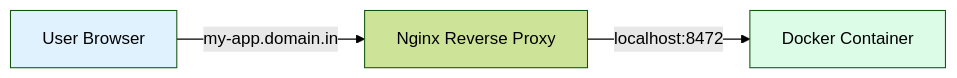
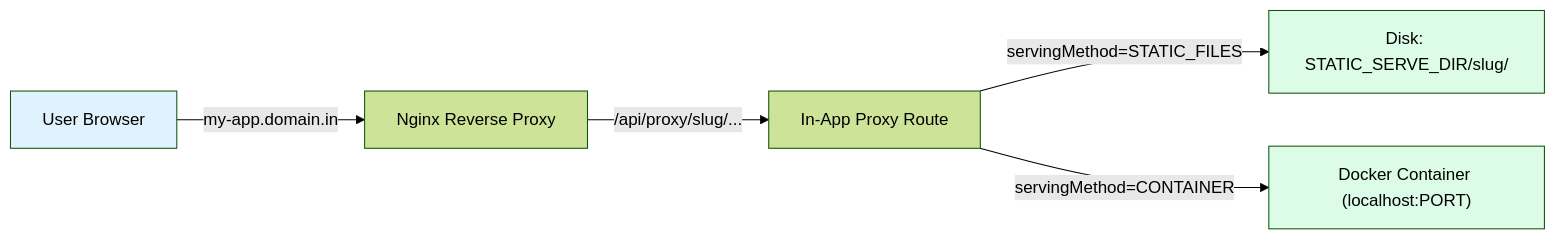
The eighth of 13 diagrams in docs/HOW-IT-WORKS.md (kpndevrootentri/dropdeploy), drawn with Mermaid (forest theme) before and after one commit. The commit also changed other lines of this file and 25 other files, not shown here.

````diff
--- a/docs/HOW-IT-WORKS.md
+++ b/docs/HOW-IT-WORKS.md
@@ -389,8 +417,11 @@
 ```mermaid
 graph LR
     U["User Browser"] -->|"my-app.domain.in"| NG["Nginx Reverse Proxy"]
-    NG -->|"localhost:8472"| C["Docker Container"]
+    NG -->|"/api/proxy/slug/..."| PROXY["In-App Proxy Route"]
+    PROXY -->|"servingMethod=STATIC_FILES"| FS["Disk: STATIC_SERVE_DIR/slug/"]
+    PROXY -->|"servingMethod=CONTAINER"| C["Docker Container (localhost:PORT)"]
 
     style U fill:#e0f2fe
+    style FS fill:#dcfce7
     style C fill:#dcfce7
 ```
````
